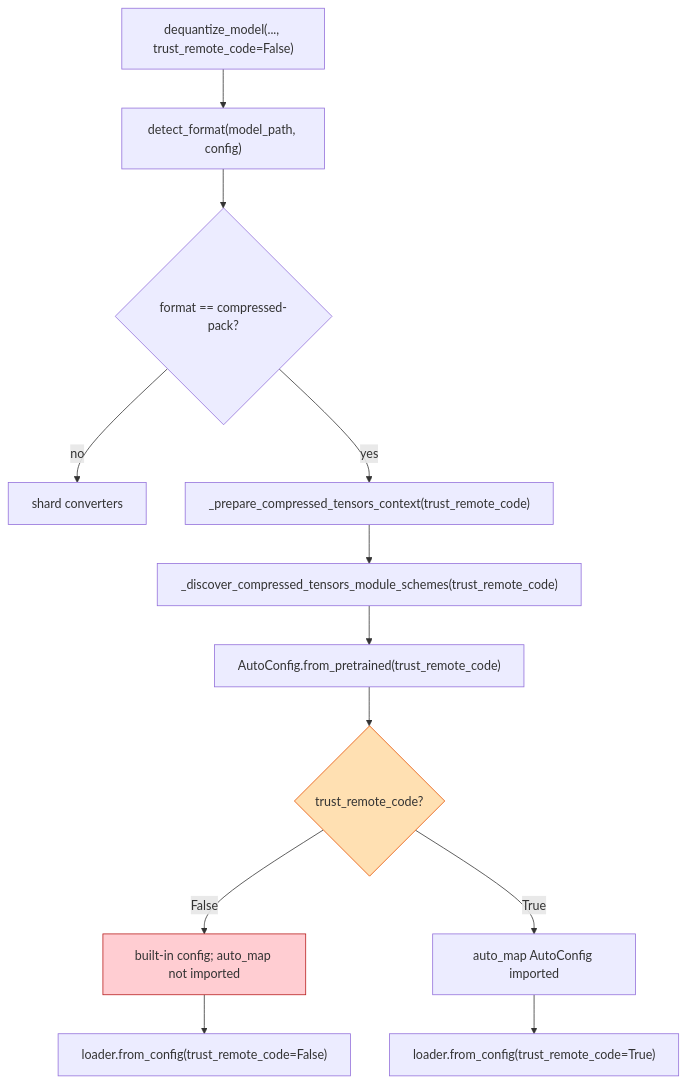
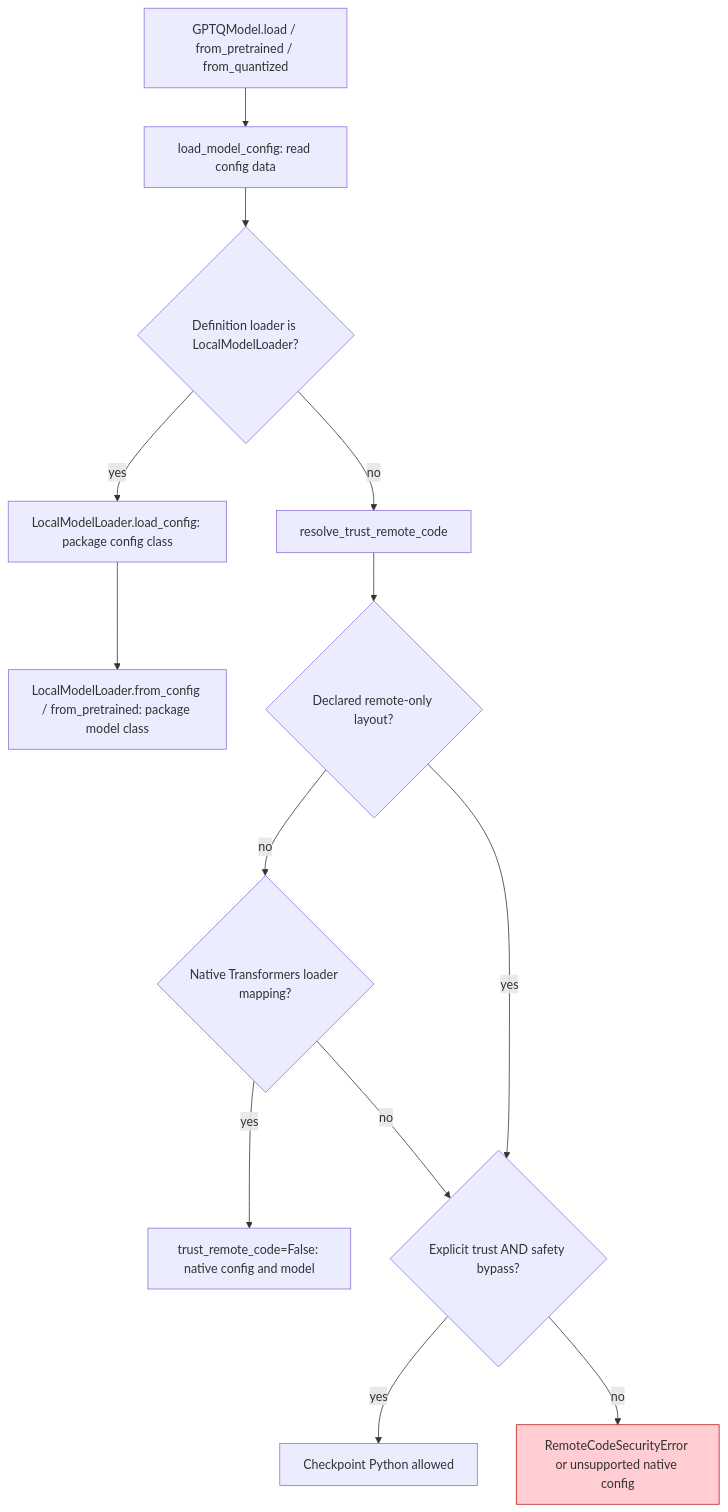
One commit to ModelCloud/GPTQModel changed the diagram in docs/trust-remote-code-isolation.md. Above: the diagram before and after it, drawn with Mermaid. The commit also changed other lines of this file and 18 other files, not shown here.

Commit message:
Add definition-owned local model loading and gate checkpoint Python

````diff
--- a/docs/trust-remote-code-isolation.md
+++ b/docs/trust-remote-code-isolation.md
@@ -117,16 +16,16 @@
 ```mermaid
 flowchart TD
-    A["dequantize_model(..., trust_remote_code=False)"] --> B["detect_format(model_path, config)"]
-    B --> C{"format == compressed-pack?"}
-    C -- "no" --> D["shard converters"]
-    C -- "yes" --> E["_prepare_compressed_tensors_context(trust_remote_code)"]
-    E --> F["_discover_compressed_tensors_module_schemes(trust_remote_code)"]
-    F --> G["AutoConfig.from_pretrained(trust_remote_code)"]
-    G --> H{"trust_remote_code?"}
-    H -- "False" --> I["built-in config; auto_map not imported"]
-    H -- "True" --> J["auto_map AutoConfig imported"]
-    I --> K["loader.from_config(trust_remote_code=False)"]
-    J --> L["loader.from_config(trust_remote_code=True)"]
-    style H fill:#ffe0b2,stroke:#e65100
-    style I fill:#ffcdd2,stroke:#b71c1c
+    A["GPTQModel.load / from_pretrained / from_quantized"] --> B["load_model_config: read config data"]
+    B --> C{"Definition loader is LocalModelLoader?"}
+    C -- yes --> D["LocalModelLoader.load_config: package config class"]
+    D --> E["LocalModelLoader.from_config / from_pretrained: package model class"]
+    C -- no --> F["resolve_trust_remote_code"]
+    F --> G{"Declared remote-only layout?"}
+    G -- no --> H{"Native Transformers loader mapping?"}
+    H -- yes --> I["trust_remote_code=False: native config and model"]
+    H -- no --> J{"Explicit trust AND safety bypass?"}
+    G -- yes --> J
+    J -- yes --> K["Checkpoint Python allowed"]
+    J -- no --> L["RemoteCodeSecurityError or unsupported native config"]
+    style L fill:#ffcdd2,stroke:#b71c1c
 ```
````
